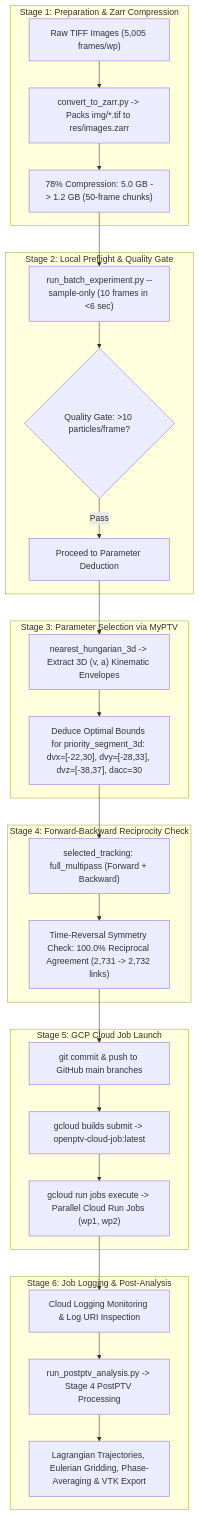
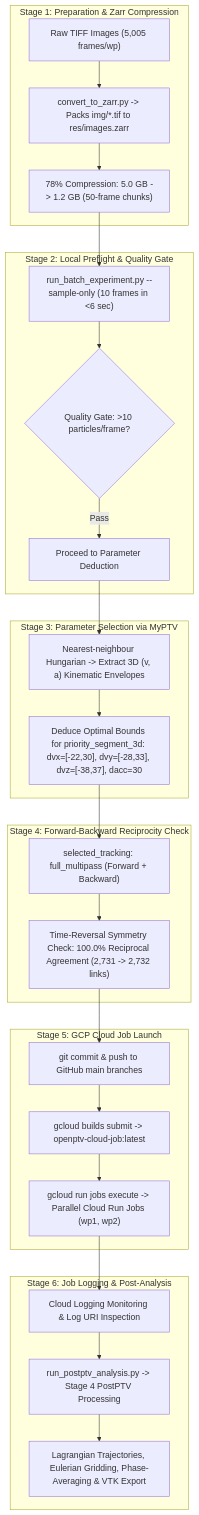
The diagram in docs/aorta_tutorial.md (alexlib/openptv2), drawn with Mermaid before and after one commit. The commit also changed other lines of this file and 56 other files, not shown here.

First line of the commit message:
refactor(plugins): remove the nearest_hungarian_3d and predictive_gmm_3d trackers

````diff
--- a/docs/aorta_tutorial.md
+++ b/docs/aorta_tutorial.md
@@ -12,35 +12,35 @@
 ```mermaid
 flowchart TD
     subgraph Stage1 ["Stage 1: Preparation & Zarr Compression"]
         A1["Raw TIFF Images (5,005 frames/wp)"] --> A2["convert_to_zarr.py -> Packs img/*.tif to res/images.zarr"]
         A2 --> A3["78% Compression: 5.0 GB -> 1.2 GB (50-frame chunks)"]
     end
 
     subgraph Stage2 ["Stage 2: Local Preflight & Quality Gate"]
         A3 --> B1["run_batch_experiment.py --sample-only (10 frames in <6 sec)"]
         B1 --> B2{"Quality Gate: >10 particles/frame?"}
         B2 -->|Pass| C1["Proceed to Parameter Deduction"]
     end
 
     subgraph Stage3 ["Stage 3: Parameter Selection via MyPTV"]
-        C1 --> C2["nearest_hungarian_3d -> Extract 3D (v, a) Kinematic Envelopes"]
+        C1 --> C2["Nearest-neighbour Hungarian -> Extract 3D (v, a) Kinematic Envelopes"]
         C2 --> C3["Deduce Optimal Bounds for priority_segment_3d: dvx=[-22,30], dvy=[-28,33], dvz=[-38,37], dacc=30"]
     end
 
     subgraph Stage4 ["Stage 4: Forward-Backward Reciprocity Check"]
         C3 --> D1["selected_tracking: full_multipass (Forward + Backward)"]
         D1 --> D2["Time-Reversal Symmetry Check: 100.0% Reciprocal Agreement (2,731 -> 2,732 links)"]
     end
 
     subgraph Stage5 ["Stage 5: GCP Cloud Job Launch"]
         D2 --> E1["git commit & push to GitHub main branches"]
         E1 --> E2["gcloud builds submit -> openptv-cloud-job:latest"]
         E2 --> E3["gcloud run jobs execute -> Parallel Cloud Run Jobs (wp1, wp2)"]
     end
 
     subgraph Stage6 ["Stage 6: Job Logging & Post-Analysis"]
         E3 --> F1["Cloud Logging Monitoring & Log URI Inspection"]
         F1 --> F2["run_postptv_analysis.py -> Stage 4 PostPTV Processing"]
         F2 --> F3["Lagrangian Trajectories, Eulerian Gridding, Phase-Averaging & VTK Export"]
     end
 ```
````
